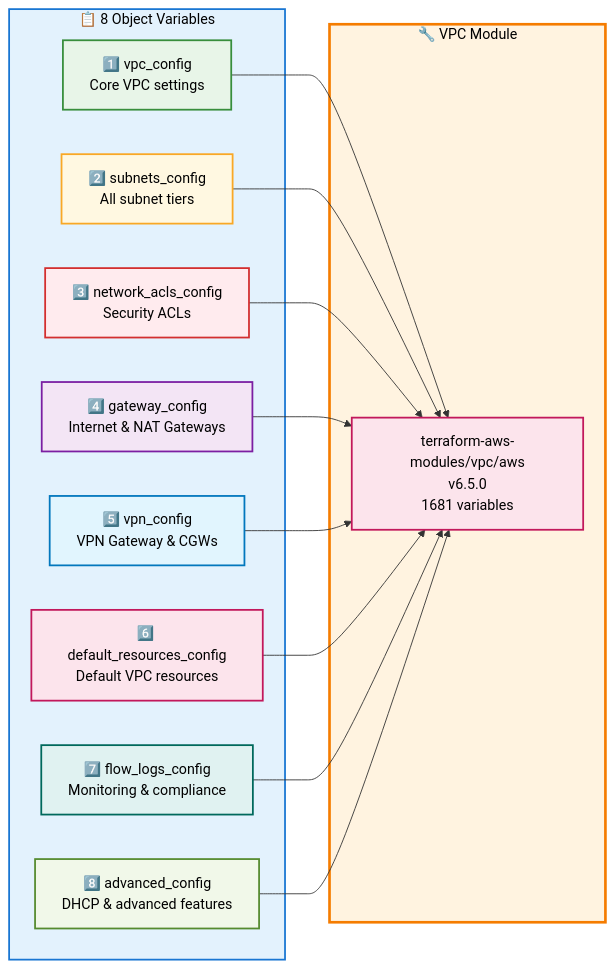
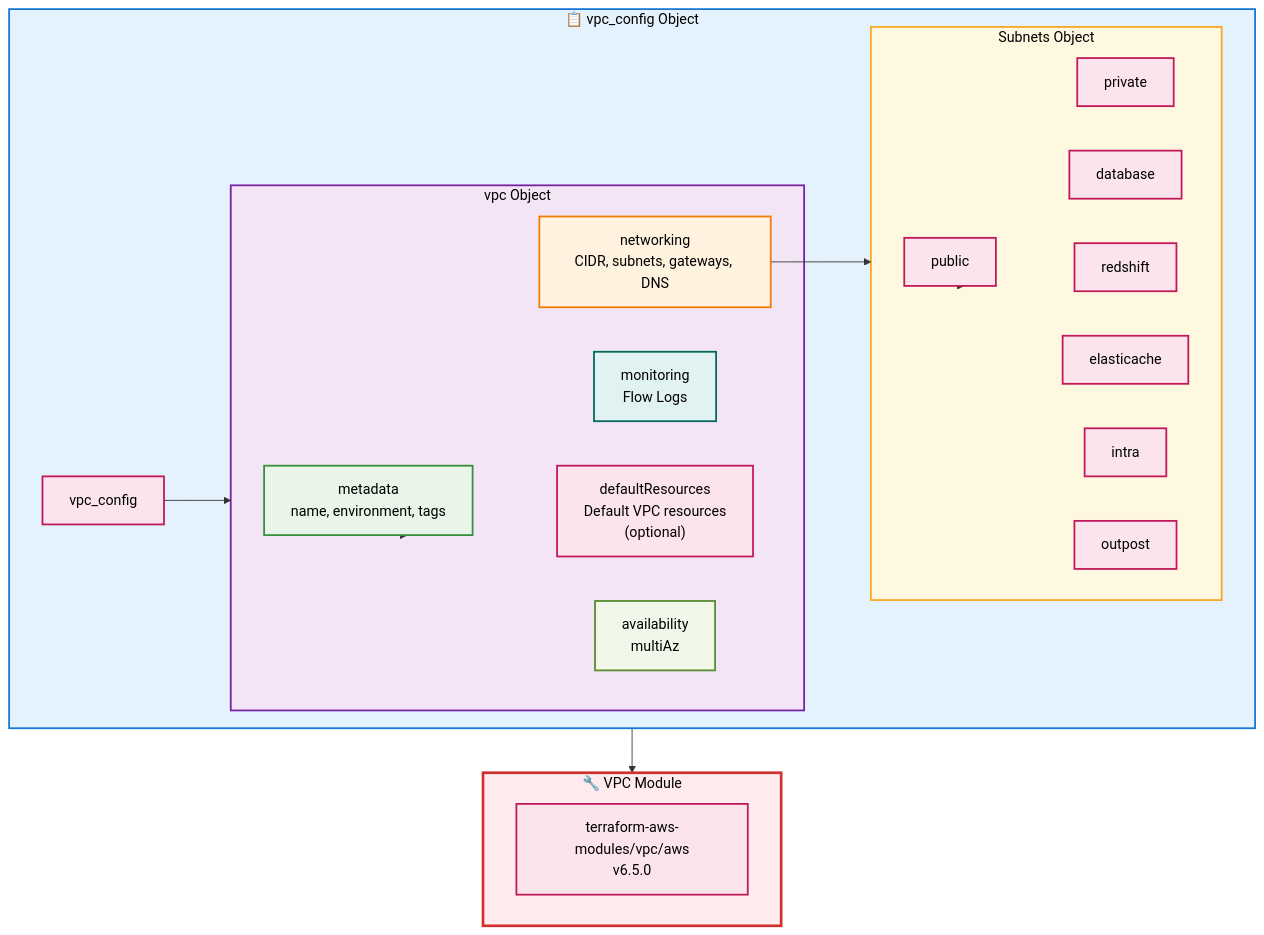
Before and after one commit to binbashar/le-tf-infra-aws: the fourth of 4 diagrams in network/base-network/README.md, drawn with Mermaid. The commit also changed other lines of this file and 45 other files, not shown here.

First line of the commit message:
feat: Introduce VPC Endpoints and Client VPN configurations

````diff
--- a/network/base-network/README.md
+++ b/network/base-network/README.md
@@ -170,48 +177,66 @@
 ```mermaid
-graph LR
-    subgraph Variables["📋 8 Object Variables"]
-        V1["1️⃣ vpc_config<br/>Core VPC settings"]
-        V2["2️⃣ subnets_config<br/>All subnet tiers"]
-        V3["3️⃣ network_acls_config<br/>Security ACLs"]
-        V4["4️⃣ gateway_config<br/>Internet & NAT Gateways"]
-        V5["5️⃣ vpn_config<br/>VPN Gateway & CGWs"]
-        V6["6️⃣ default_resources_config<br/>Default VPC resources"]
-        V7["7️⃣ flow_logs_config<br/>Monitoring & compliance"]
-        V8["8️⃣ advanced_config<br/>DHCP & advanced features"]
+graph TB
+    subgraph Config["📋 vpc_config Object"]
+        V["vpc_config"]
+        
+        subgraph VPC["vpc Object"]
+            META["metadata<br/>name, environment, tags"]
+            NET["networking<br/>CIDR, subnets, gateways, DNS"]
+            MON["monitoring<br/>Flow Logs"]
+            DEF["defaultResources<br/>Default VPC resources<br/>(optional)"]
+            AVAIL["availability<br/>multiAz"]
+        end
+        
+        V --> VPC
+        VPC --> META
+        VPC --> NET
+        VPC --> MON
+        VPC --> DEF
+        VPC --> AVAIL
+        
+        subgraph Subnets["Subnets Object"]
+            PUB["public"]
+            PRIV["private"]
+            DB["database"]
+            RS["redshift"]
+            EC["elasticache"]
+            INTRA["intra"]
+            OUT["outpost"]
+        end
+        
+        NET --> Subnets
+        Subnets --> PUB
+        Subnets --> PRIV
+        Subnets --> DB
+        Subnets --> RS
+        Subnets --> EC
+        Subnets --> INTRA
+        Subnets --> OUT
     end
     
     subgraph Module["🔧 VPC Module"]
-        M["terraform-aws-modules/vpc/aws<br/>v6.5.0<br/>1681 variables"]
+        M["terraform-aws-modules/vpc/aws<br/>v6.5.0"]
     end
     
-    V1 --> M
-    V2 --> M
-    V3 --> M
-    V4 --> M
-    V5 --> M
-    V6 --> M
-    V7 --> M
-    V8 --> M
+    Config --> Module
     
-    classDef variables fill:#e3f2fd,stroke:#1976d2,stroke-width:2px,color:#000
-    classDef module fill:#fff3e0,stroke:#f57c00,stroke-width:3px,color:#000
-    classDef vpc fill:#e8f5e8,stroke:#388e3c,stroke-width:2px,color:#000
+    classDef config fill:#e3f2fd,stroke:#1976d2,stroke-width:2px,color:#000
+    classDef vpc fill:#f3e5f5,stroke:#7b1fa2,stroke-width:2px,color:#000
+    classDef metadata fill:#e8f5e8,stroke:#388e3c,stroke-width:2px,color:#000
+    classDef networking fill:#fff3e0,stroke:#f57c00,stroke-width:2px,color:#000
+    classDef monitoring fill:#e0f2f1,stroke:#00695c,stroke-width:2px,color:#000
+    classDef default fill:#fce4ec,stroke:#c2185b,stroke-width:2px,color:#000
+    classDef availability fill:#f1f8e9,stroke:#558b2f,stroke-width:2px,color:#000
     classDef subnets fill:#fff8e1,stroke:#f9a825,stroke-width:2px,color:#000
-    classDef acls fill:#ffebee,stroke:#d32f2f,stroke-width:2px,color:#000
-    classDef gateway fill:#f3e5f5,stroke:#7b1fa2,stroke-width:2px,color:#000
-    classDef vpn fill:#e1f5fe,stroke:#0277bd,stroke-width:2px,color:#000
-    classDef default fill:#fce4ec,stroke:#c2185b,stroke-width:2px,color:#000
-    classDef logs fill:#e0f2f1,stroke:#00695c,stroke-width:2px,color:#000
-    classDef advanced fill:#f1f8e9,stroke:#558b2f,stroke-width:2px,color:#000
+    classDef module fill:#ffebee,stroke:#d32f2f,stroke-width:3px,color:#000
     
-    class Variables variables
+    class Config config
+    class VPC vpc
+    class META metadata
+    class NET networking
+    class MON monitoring
+    class DEF default
+    class AVAIL availability
+    class Subnets subnets
     class Module module
-    class V1 vpc
-    class V2 subnets
-    class V3 acls
-    class V4 gateway
-    class V5 vpn
-    class V6 default
-    class V7 logs
-    class V8 advanced
 ```
````
